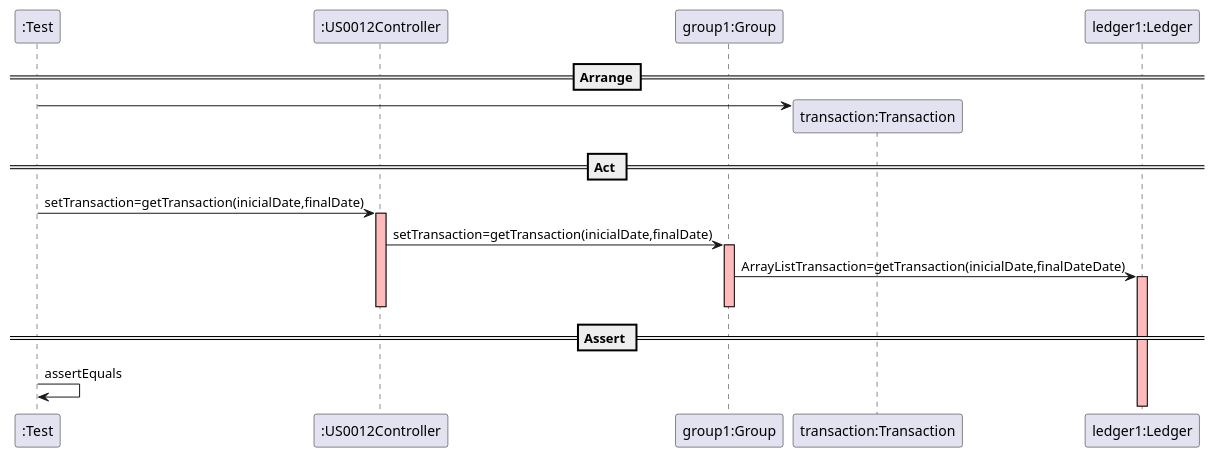
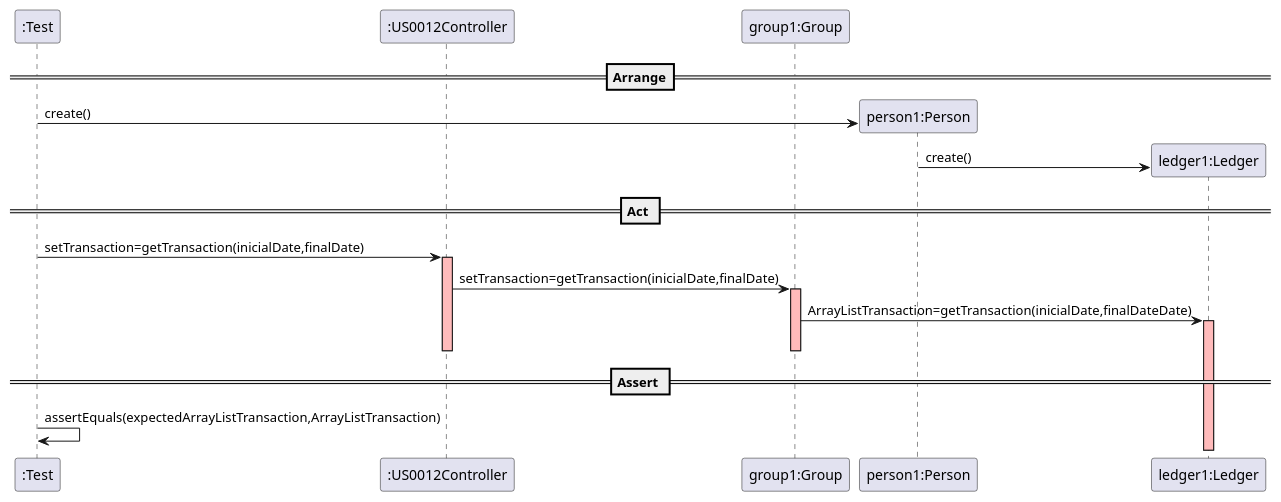
One commit to mleitaoribeiro/DevOpsMaven changed the diagram in docs/SequenceDiagram - US0012.puml. Above: the diagram before and after it, drawn with PlantUML.

```diff
--- a/docs/SequenceDiagram - US0012.puml
+++ b/docs/SequenceDiagram - US0012.puml
@@ -1,32 +1,35 @@
 @startuml
 create ":Test"
 
 ==Arrange==
 create ":US0012Controller"
 create "group1:Group"
 
 
-create "transaction:Transaction"
-":Test" -> "transaction:Transaction" :
+create "person1:Person"
+":Test" -> "person1:Person" : create()
+
+create "ledger1:Ledger"
+"person1:Person" -> "ledger1:Ledger" : create()
 
 == Act ==
 
 ":Test" -> ":US0012Controller" : setTransaction=getTransaction(inicialDate,finalDate)
 activate ":US0012Controller"  #FFBBBB
 
 ":US0012Controller" -> "group1:Group" : setTransaction=getTransaction(inicialDate,finalDate)
 activate "group1:Group"  #FFBBBB
 
 "group1:Group" -> "ledger1:Ledger" : ArrayListTransaction=getTransaction(inicialDate,finalDateDate)
 activate "ledger1:Ledger"  #FFBBBB
 
 
 
 deactivate "group1:Group"  #FFBBBB
 deactivate ":US0012Controller"  #FFBBBB
 
 == Assert ==
 
-":Test" -> ":Test" : assertEquals
+":Test" -> ":Test" : assertEquals(expectedArrayListTransaction,ArrayListTransaction)
 
 @enduml
```
